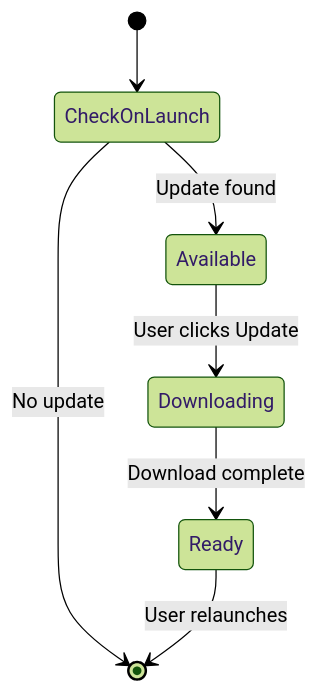
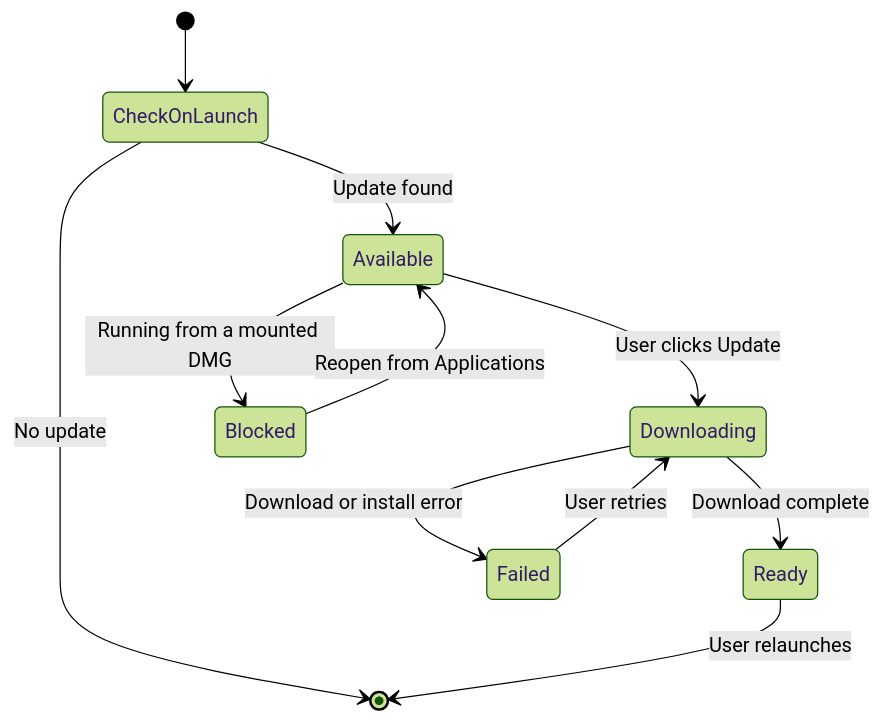
The diagram in docs/native-integration.md (ThatXliner/Quillium), drawn with Mermaid (forest theme) before and after one commit. The commit also changed other lines of this file and 7 other files, not shown here.

````diff
--- a/docs/native-integration.md
+++ b/docs/native-integration.md
@@ -112,9 +112,13 @@
 ```mermaid
 stateDiagram-v2
     [*] --> CheckOnLaunch
     CheckOnLaunch --> Available: Update found
     CheckOnLaunch --> [*]: No update
     Available --> Downloading: User clicks Update
+    Available --> Blocked: Running from a mounted DMG
     Downloading --> Ready: Download complete
+    Downloading --> Failed: Download or install error
+    Blocked --> Available: Reopen from Applications
+    Failed --> Downloading: User retries
     Ready --> [*]: User relaunches
 ```
````
